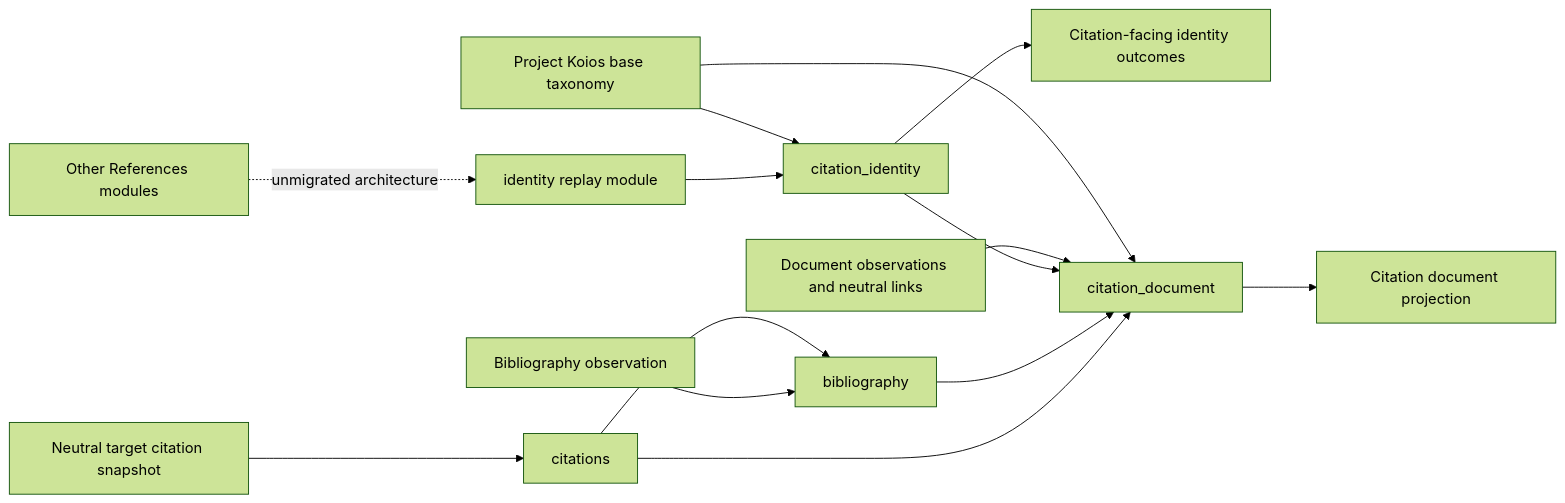
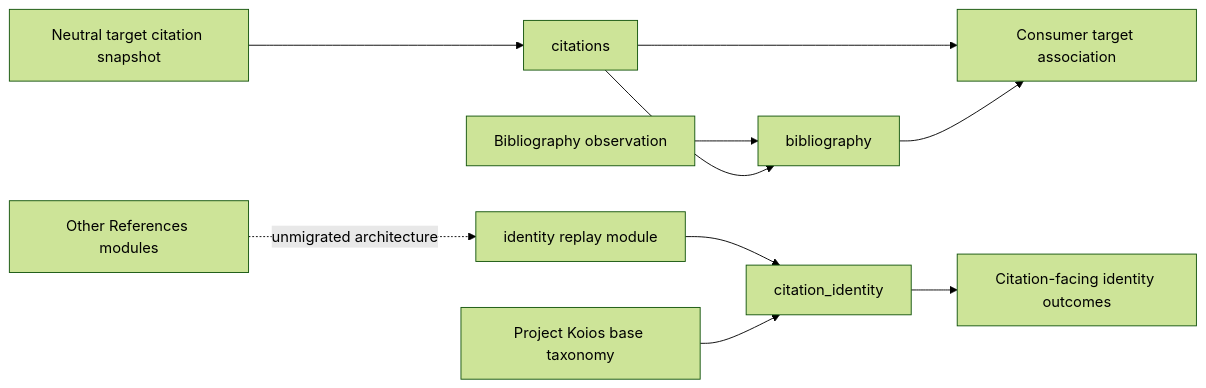
The diagram in docs/architecture/projectkoios/references/schematic.md (eragasa/projectkoios-references), drawn with Mermaid (forest theme) before and after one commit. The commit also changed other lines of this file and 70 other files, not shown here.

````diff
--- a/docs/architecture/projectkoios/references/schematic.md
+++ b/docs/architecture/projectkoios/references/schematic.md
@@ -6,16 +6,12 @@
 ```mermaid
 flowchart LR
     I[identity replay module] --> P[citation_identity]
     P --> O[Citation-facing identity outcomes]
     T[Neutral target citation snapshot] --> C[citations]
-    O2[Bibliography observation] --> G[bibliography]
-    C --> G
-    C --> D[citation_document]
-    G --> D
-    P --> D
-    E[Document observations and neutral links] --> D
-    D --> R[Citation document projection]
-    B[Project Koios base taxonomy] --> P
-    B --> D
+    O2[Bibliography observation] --> B[bibliography]
+    C --> B
+    C --> X[Consumer target association]
+    B --> X
+    K[Project Koios base taxonomy] --> P
     U[Other References modules] -. unmigrated architecture .-> I
 ```
````
